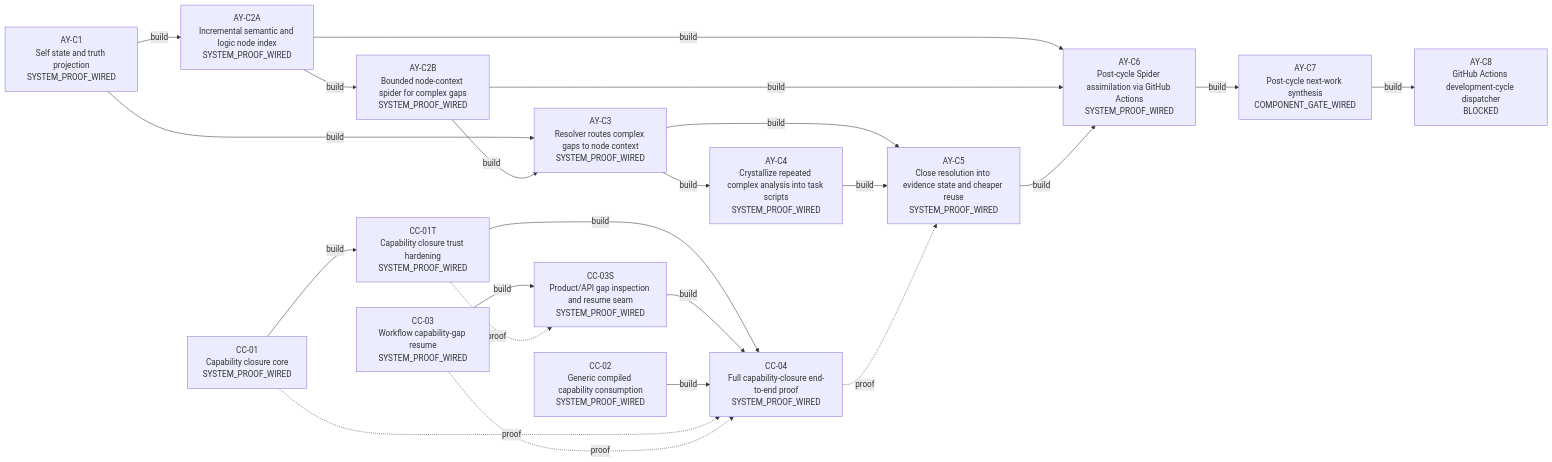
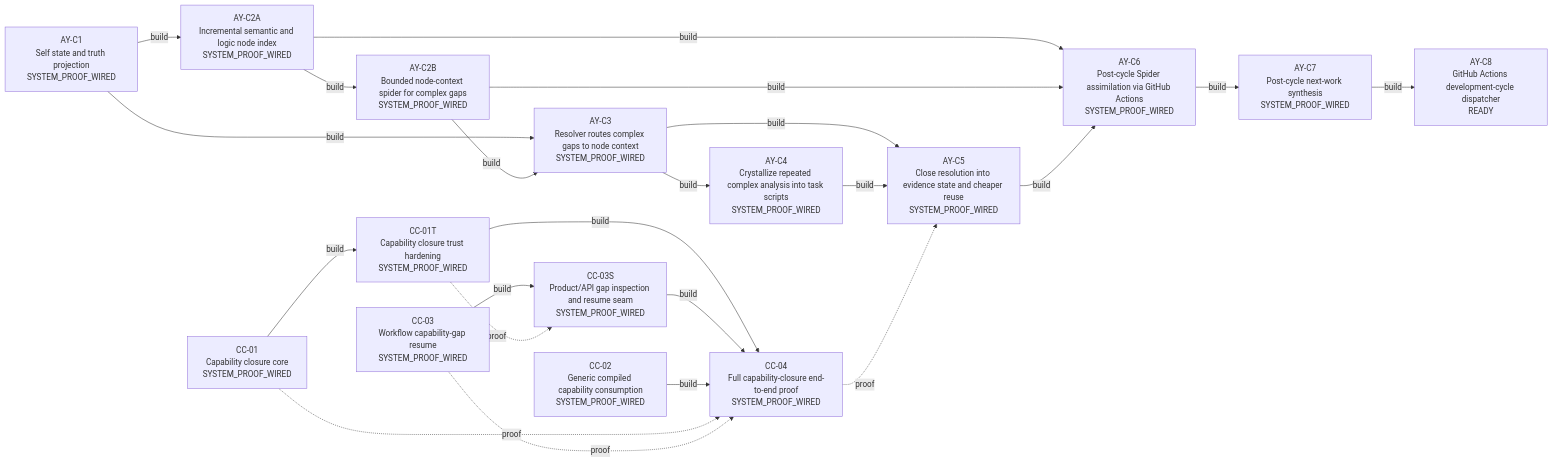
Before and after one commit to duducel204/AutoCompiler: the diagram in docs/WORK_MAP.md, drawn with Mermaid. The commit also changed other lines of this file, not shown here.

````diff
--- a/docs/WORK_MAP.md
+++ b/docs/WORK_MAP.md
@@ -18,39 +18,39 @@
 ```mermaid
 flowchart LR
   W_CC_01["CC-01<br/>Capability closure core<br/>SYSTEM_PROOF_WIRED"]
   W_CC_01T["CC-01T<br/>Capability closure trust hardening<br/>SYSTEM_PROOF_WIRED"]
   W_CC_03["CC-03<br/>Workflow capability-gap resume<br/>SYSTEM_PROOF_WIRED"]
   W_CC_03S["CC-03S<br/>Product/API gap inspection and resume seam<br/>SYSTEM_PROOF_WIRED"]
   W_CC_02["CC-02<br/>Generic compiled capability consumption<br/>SYSTEM_PROOF_WIRED"]
   W_CC_04["CC-04<br/>Full capability-closure end-to-end proof<br/>SYSTEM_PROOF_WIRED"]
   W_AY_C1["AY-C1<br/>Self state and truth projection<br/>SYSTEM_PROOF_WIRED"]
   W_AY_C2A["AY-C2A<br/>Incremental semantic and logic node index<br/>SYSTEM_PROOF_WIRED"]
   W_AY_C2B["AY-C2B<br/>Bounded node-context spider for complex gaps<br/>SYSTEM_PROOF_WIRED"]
   W_AY_C3["AY-C3<br/>Resolver routes complex gaps to node context<br/>SYSTEM_PROOF_WIRED"]
   W_AY_C4["AY-C4<br/>Crystallize repeated complex analysis into task scripts<br/>SYSTEM_PROOF_WIRED"]
   W_AY_C5["AY-C5<br/>Close resolution into evidence state and cheaper reuse<br/>SYSTEM_PROOF_WIRED"]
   W_AY_C6["AY-C6<br/>Post-cycle Spider assimilation via GitHub Actions<br/>SYSTEM_PROOF_WIRED"]
-  W_AY_C7["AY-C7<br/>Post-cycle next-work synthesis<br/>COMPONENT_GATE_WIRED"]
-  W_AY_C8["AY-C8<br/>GitHub Actions development-cycle dispatcher<br/>BLOCKED"]
+  W_AY_C7["AY-C7<br/>Post-cycle next-work synthesis<br/>SYSTEM_PROOF_WIRED"]
+  W_AY_C8["AY-C8<br/>GitHub Actions development-cycle dispatcher<br/>READY"]
   W_CC_01 -->|build| W_CC_01T
   W_CC_03 -->|build| W_CC_03S
   W_CC_01T -.->|proof| W_CC_03S
   W_CC_01T -->|build| W_CC_04
   W_CC_03S -->|build| W_CC_04
   W_CC_02 -->|build| W_CC_04
   W_CC_01 -.->|proof| W_CC_04
   W_CC_03 -.->|proof| W_CC_04
   W_AY_C1 -->|build| W_AY_C2A
   W_AY_C2A -->|build| W_AY_C2B
   W_AY_C1 -->|build| W_AY_C3
   W_AY_C2B -->|build| W_AY_C3
   W_AY_C3 -->|build| W_AY_C4
   W_AY_C3 -->|build| W_AY_C5
   W_AY_C4 -->|build| W_AY_C5
   W_CC_04 -.->|proof| W_AY_C5
   W_AY_C2A -->|build| W_AY_C6
   W_AY_C2B -->|build| W_AY_C6
   W_AY_C5 -->|build| W_AY_C6
   W_AY_C6 -->|build| W_AY_C7
   W_AY_C7 -->|build| W_AY_C8
 ```
````
